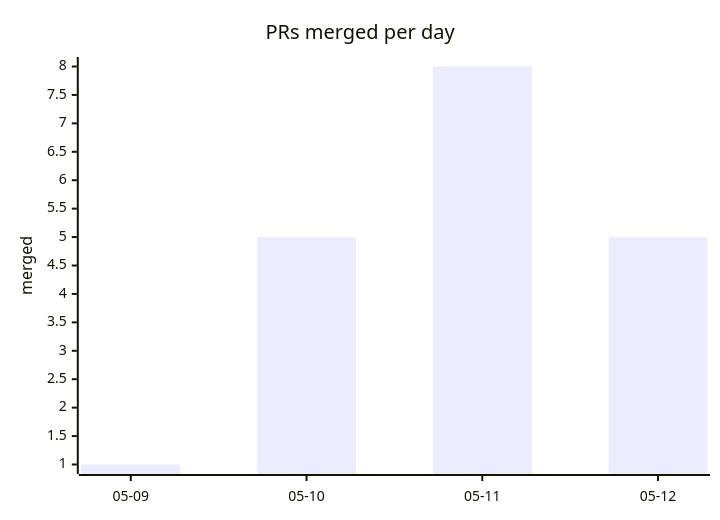
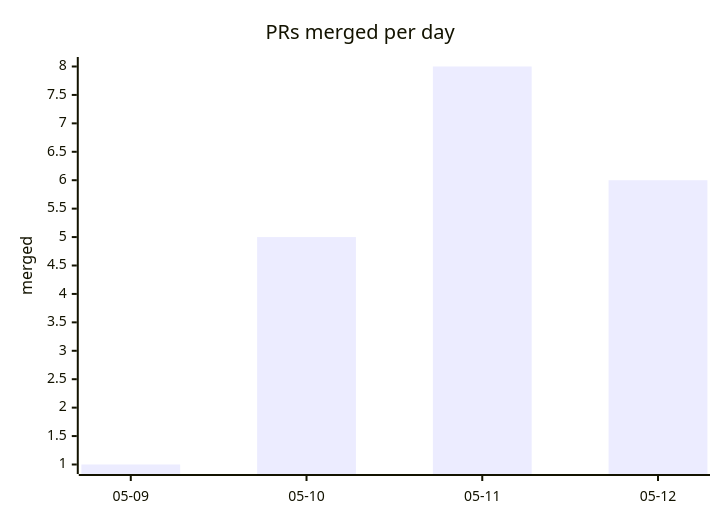
The second of 2 diagrams in README.md (kimjune01/kimjune01), drawn with Mermaid before and after one commit. The commit also changed other lines of this file, not shown here.

````diff
--- a/README.md
+++ b/README.md
@@ -15,7 +15,7 @@
 ```mermaid
 xychart-beta
     title "PRs merged per day"
     x-axis ["05-09", "05-10", "05-11", "05-12"]
     y-axis "merged"
-    bar [1, 5, 8, 5]
+    bar [1, 5, 8, 6]
 ```
````
